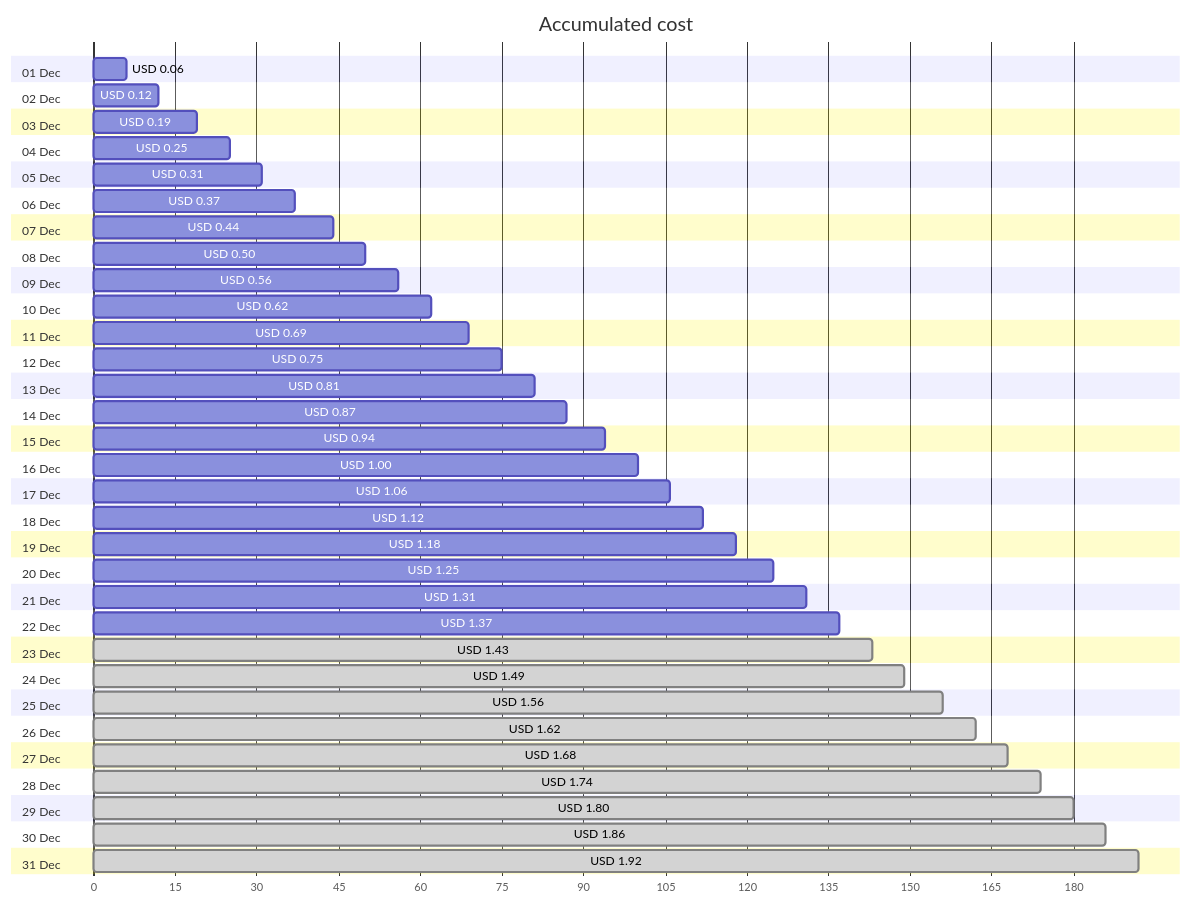
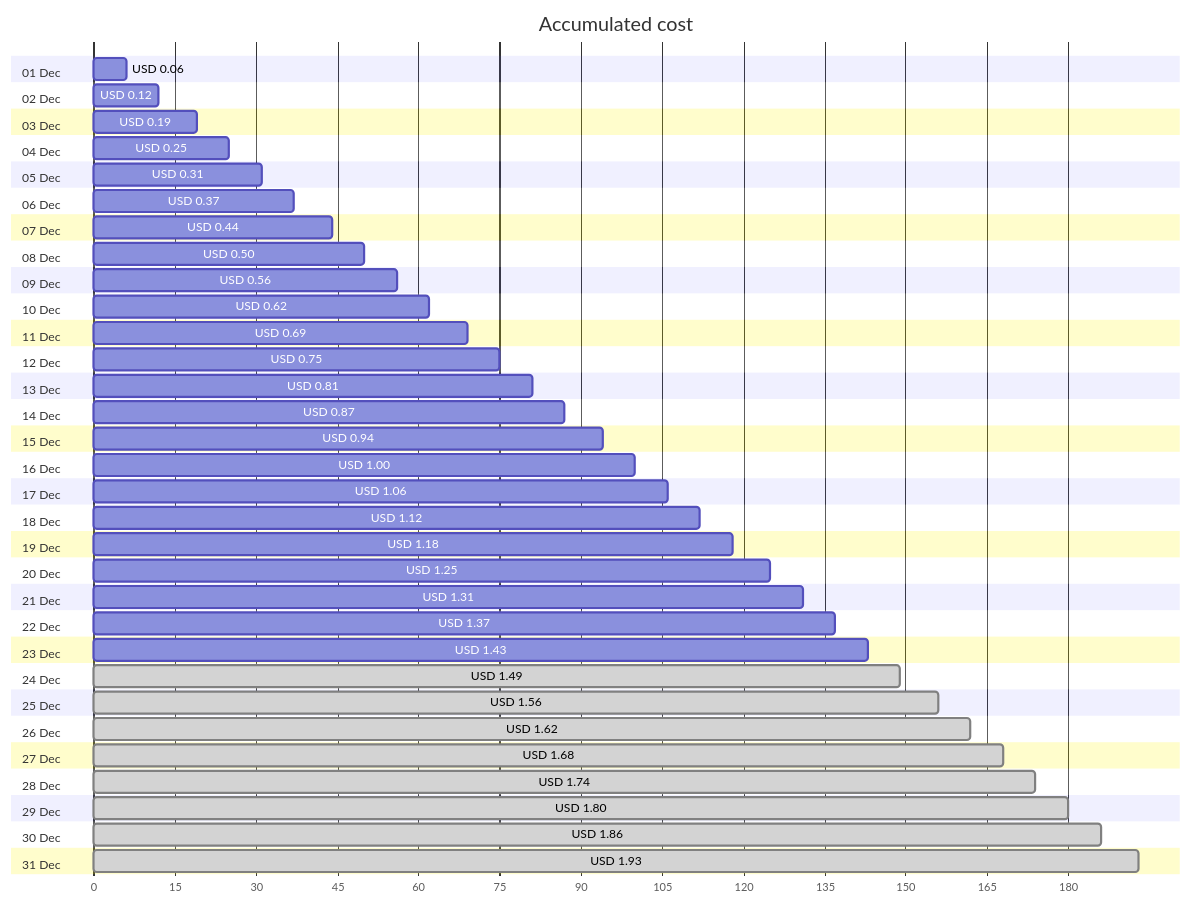
Before and after one commit to jpfulton/azure-personal-reports: the first of 4 diagrams in cost-reports/personal-network/vpn-server_OsDisk.md, drawn with Mermaid. The commit also changed other lines of this file and 8 other files, not shown here.

````diff
--- a/cost-reports/personal-network/vpn-server_OsDisk.md
+++ b/cost-reports/personal-network/vpn-server_OsDisk.md
@@ -20,68 +20,68 @@
 ```mermaid
 gantt
    title Accumulated cost
    dateFormat  X
    axisFormat %s
    section 01 Dec
    USD 0.06 :0, 6
    section 02 Dec
    USD 0.12 :0, 12
    section 03 Dec
    USD 0.19 :0, 19
    section 04 Dec
    USD 0.25 :0, 25
    section 05 Dec
    USD 0.31 :0, 31
    section 06 Dec
    USD 0.37 :0, 37
    section 07 Dec
    USD 0.44 :0, 44
    section 08 Dec
    USD 0.50 :0, 50
    section 09 Dec
    USD 0.56 :0, 56
    section 10 Dec
    USD 0.62 :0, 62
    section 11 Dec
    USD 0.69 :0, 69
    section 12 Dec
    USD 0.75 :0, 75
    section 13 Dec
    USD 0.81 :0, 81
    section 14 Dec
    USD 0.87 :0, 87
    section 15 Dec
    USD 0.94 :0, 94
    section 16 Dec
    USD 1.00 :0, 100
    section 17 Dec
    USD 1.06 :0, 106
    section 18 Dec
    USD 1.12 :0, 112
    section 19 Dec
    USD 1.18 :0, 118
    section 20 Dec
    USD 1.25 :0, 125
    section 21 Dec
    USD 1.31 :0, 131
    section 22 Dec
    USD 1.37 :0, 137
    section 23 Dec
-   USD 1.43 : done, 0, 143
+   USD 1.43 :0, 143
    section 24 Dec
    USD 1.49 : done, 0, 149
    section 25 Dec
    USD 1.56 : done, 0, 156
    section 26 Dec
    USD 1.62 : done, 0, 162
    section 27 Dec
    USD 1.68 : done, 0, 168
    section 28 Dec
    USD 1.74 : done, 0, 174
    section 29 Dec
    USD 1.80 : done, 0, 180
    section 30 Dec
    USD 1.86 : done, 0, 186
    section 31 Dec
-   USD 1.92 : done, 0, 192
+   USD 1.93 : done, 0, 193
 ```
````
